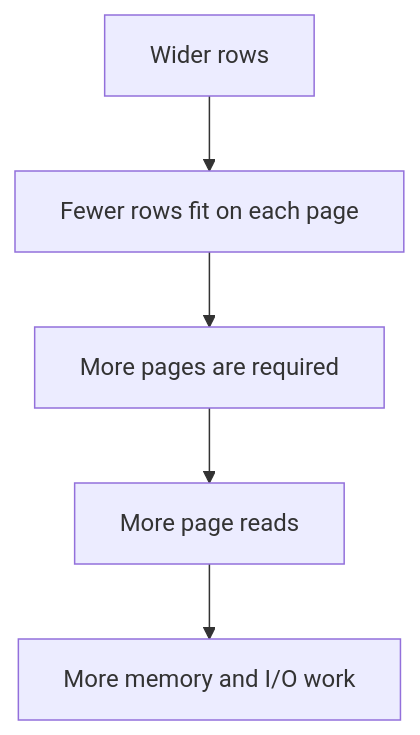
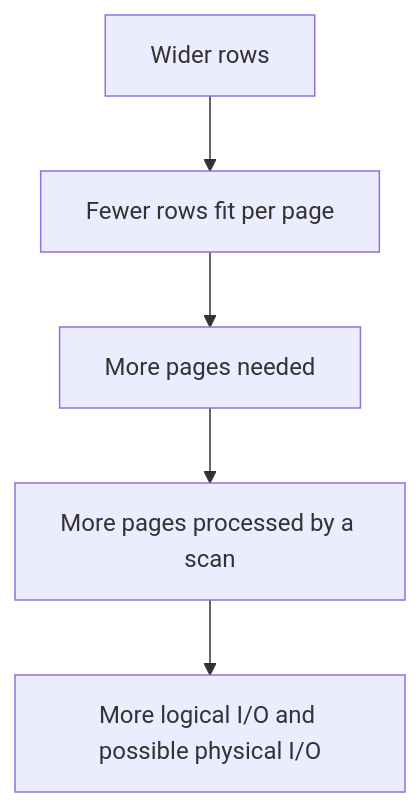
One commit to tjovic/database-design-labs-public changed the fifth of 11 diagrams in labs/lab05-physical-storage.md. Above: the diagram before and after it, drawn with Mermaid. The commit also changed other lines of this file, not shown here.

````diff
--- a/labs/lab05-physical-storage.md
+++ b/labs/lab05-physical-storage.md
@@ -374,7 +325,7 @@
 ```mermaid
 flowchart TD
-    A[Wider rows] --> B[Fewer rows fit on each page]
-    B --> C[More pages are required]
-    C --> D[More page reads]
-    D --> E[More memory and I/O work]
+    A[Wider rows] --> B[Fewer rows fit per page]
+    B --> C[More pages needed]
+    C --> D[More pages processed by a scan]
+    D --> E[More logical I/O and possible physical I/O]
 ```
````
